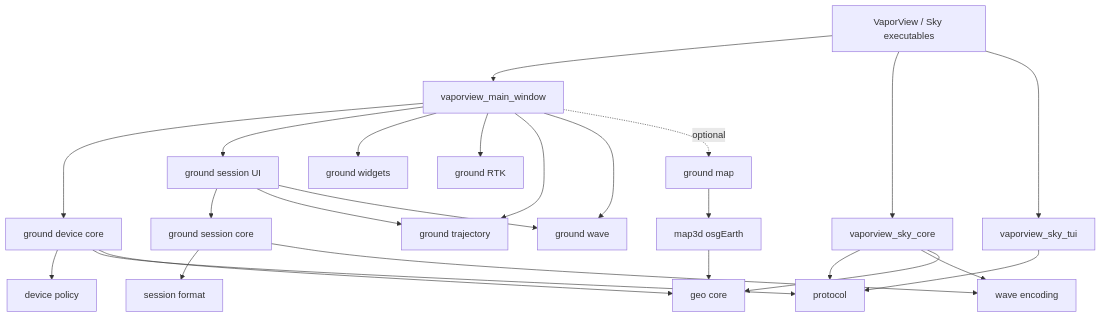
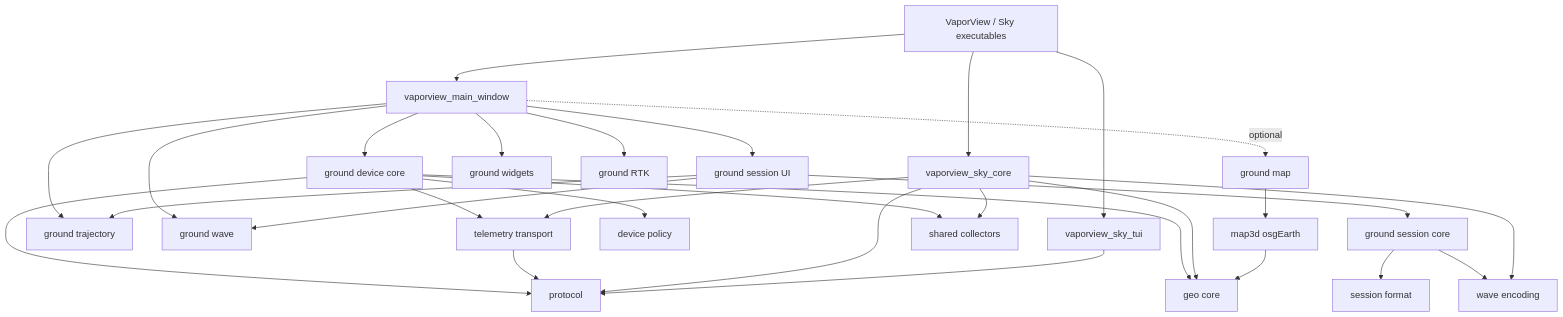
One commit to Winter-And-You-Gone/VaporView changed the first of 4 diagrams in docs/architecture.md. Above: the diagram before and after it, drawn with Mermaid. The commit also changed other lines of this file and 50 other files, not shown here.

````diff
--- a/docs/architecture.md
+++ b/docs/architecture.md
@@ -125,29 +126,34 @@
 ```mermaid
 flowchart TD
   Apps["VaporView / Sky executables"] --> MW["vaporview_main_window"]
   Apps --> SC["vaporview_sky_core"]
   Apps --> ST["vaporview_sky_tui"]
 
   MW --> DU["ground device core"]
   MW --> SU["ground session UI"]
   MW --> GW["ground widgets"]
   MW --> RTK["ground RTK"]
   MW --> TR["ground trajectory"]
   MW --> WV["ground wave"]
   MW -. optional .-> GM["ground map"]
 
   SU --> SS["ground session core"]
   SU --> TR
   SU --> WV
   DU --> DP["device policy"]
   DU --> PR["protocol"]
   DU --> GEO["geo core"]
+  DU --> TT["telemetry transport"]
+  DU --> DC["shared collectors"]
+  TT --> PR
   SS --> SF["session format"]
   SS --> WE["wave encoding"]
   SC --> PR
   SC --> WE
   SC --> GEO
+  SC --> TT
+  SC --> DC
   ST --> PR
   GM --> M3["map3d osgEarth"]
   M3 --> GEO
 ```
````
